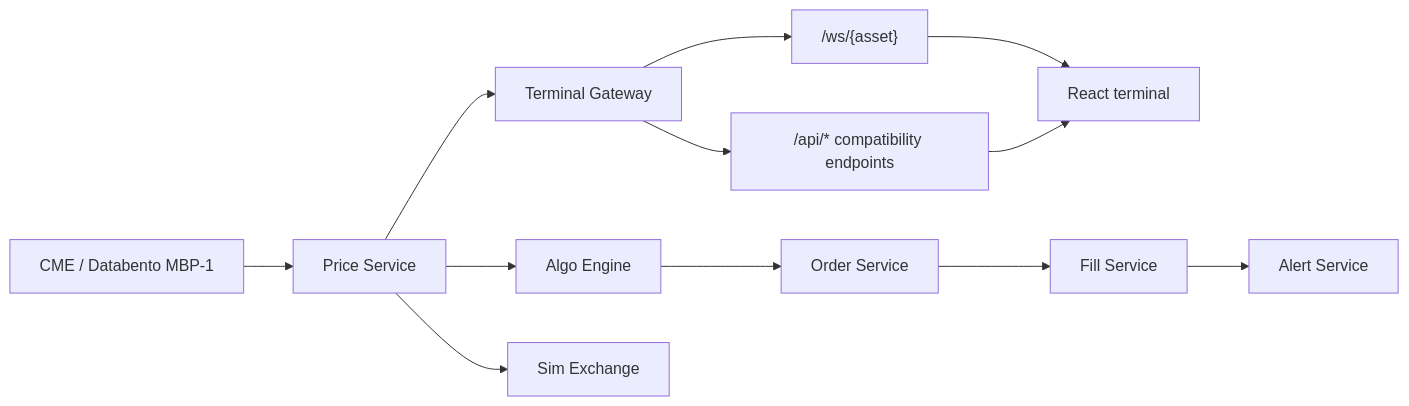
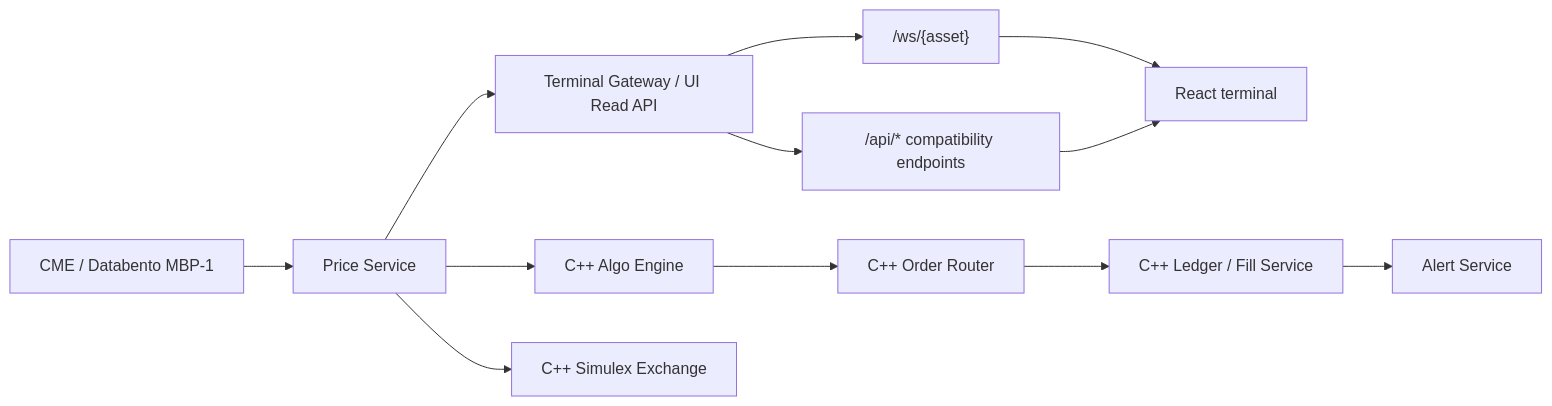
One commit to tsturiale/Cerious-Cloud-Migration changed the diagram in docs/ARCHITECTURE.md. Above: the diagram before and after it, drawn with Mermaid. The commit also changed other lines of this file and 5682 other files, not shown here.

````diff
--- a/docs/ARCHITECTURE.md
+++ b/docs/ARCHITECTURE.md
@@ -7,14 +7,14 @@
 ```mermaid
 flowchart LR
   CME["CME / Databento MBP-1"] --> Price["Price Service"]
-  Price --> Gateway["Terminal Gateway"]
+  Price --> Gateway["Terminal Gateway / UI Read API"]
   Gateway --> WS["/ws/{asset}"]
   Gateway --> REST["/api/* compatibility endpoints"]
   WS --> React["React terminal"]
   REST --> React
-  Price --> Algo["Algo Engine"]
-  Price --> Sim["Sim Exchange"]
-  Algo --> Order["Order Service"]
-  Order --> Fill["Fill Service"]
+  Price --> Algo["C++ Algo Engine"]
+  Price --> Sim["C++ Simulex Exchange"]
+  Algo --> Order["C++ Order Router"]
+  Order --> Fill["C++ Ledger / Fill Service"]
   Fill --> Alert["Alert Service"]
 ```
````
